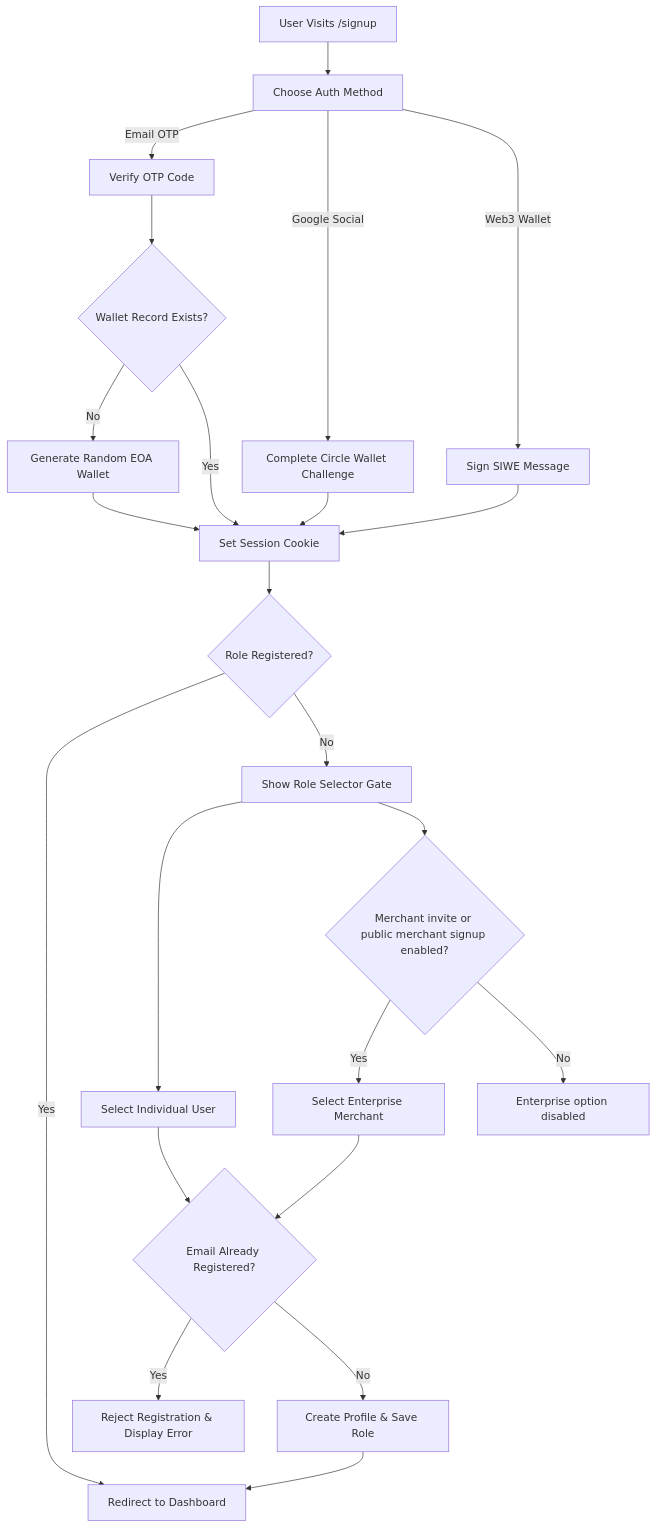
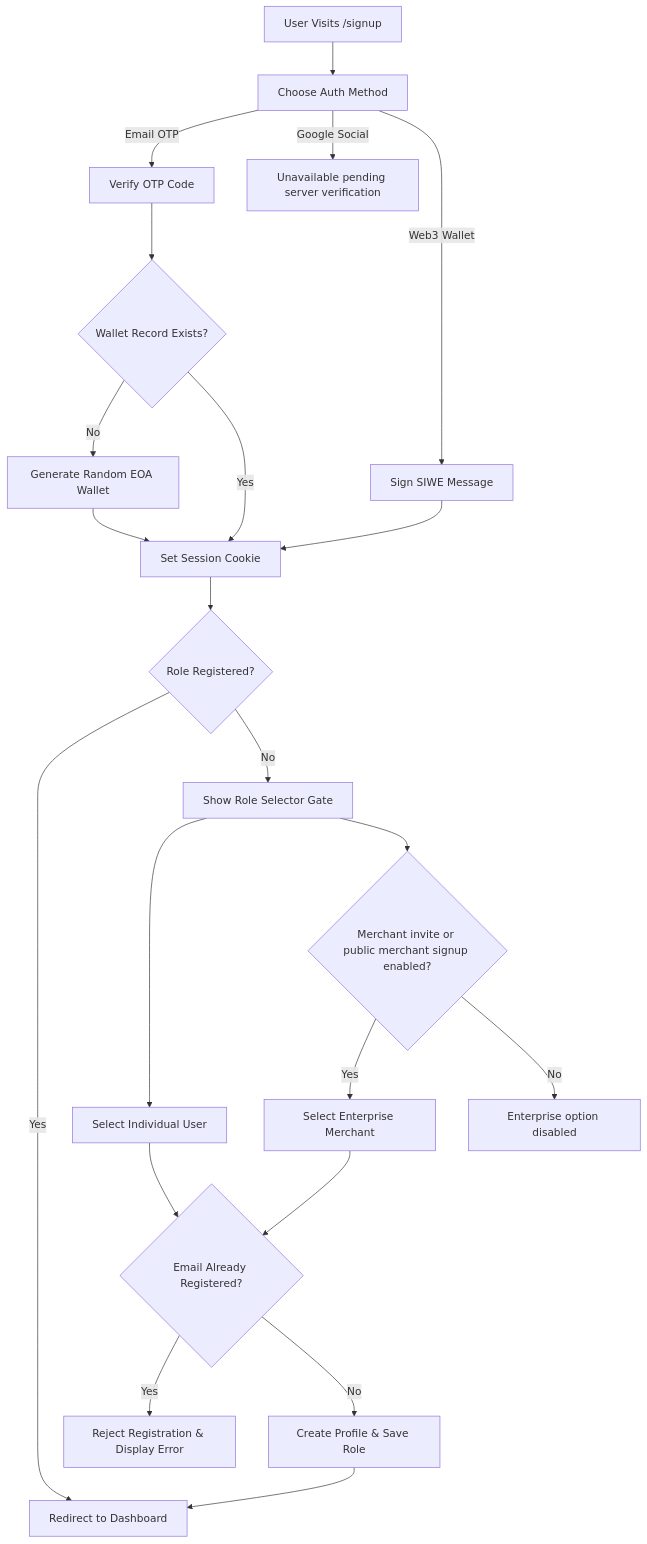
Before and after one commit to KristienOWeb3/SubScript: the diagram in docs/ONBOARDING.md, drawn with Mermaid. The commit also changed other lines of this file and 21 other files, not shown here.

````diff
--- a/docs/ONBOARDING.md
+++ b/docs/ONBOARDING.md
@@ -43,29 +43,28 @@
 ```mermaid
 graph TD
     Start[User Visits /signup] --> Select[Choose Auth Method]
     Select -->|Email OTP| VerifyOTP[Verify OTP Code]
-    Select -->|Google Social| CompleteCircle[Complete Circle Wallet Challenge]
+    Select -->|Google Social| GooglePaused[Unavailable pending server verification]
     Select -->|Web3 Wallet| SignSIWE[Sign SIWE Message]
     
     VerifyOTP --> checkWallet{Wallet Record Exists?}
     checkWallet -->|No| CreateWallet[Generate Random EOA Wallet]
     checkWallet -->|Yes| SetSession[Set Session Cookie]
     CreateWallet --> SetSession
-    CompleteCircle --> SetSession
     SignSIWE --> SetSession
     
     SetSession --> RoleCheck{Role Registered?}
     RoleCheck -->|Yes| RedirectDash[Redirect to Dashboard]
     RoleCheck -->|No| ShowSelector[Show Role Selector Gate]
     
     ShowSelector --> SelectRole[Select Individual User]
     ShowSelector --> MerchantInvite{Merchant invite or public merchant signup enabled?}
     MerchantInvite -->|Yes| SelectMerchant[Select Enterprise Merchant]
     MerchantInvite -->|No| UserOnly[Enterprise option disabled]
     SelectRole --> CheckEmailConflict{Email Already Registered?}
     SelectMerchant --> CheckEmailConflict
     CheckEmailConflict -->|Yes| ShowError[Reject Registration & Display Error]
     CheckEmailConflict -->|No| RegisterAccount[Create Profile & Save Role]
     
     RegisterAccount --> RedirectDash
 ```
````
